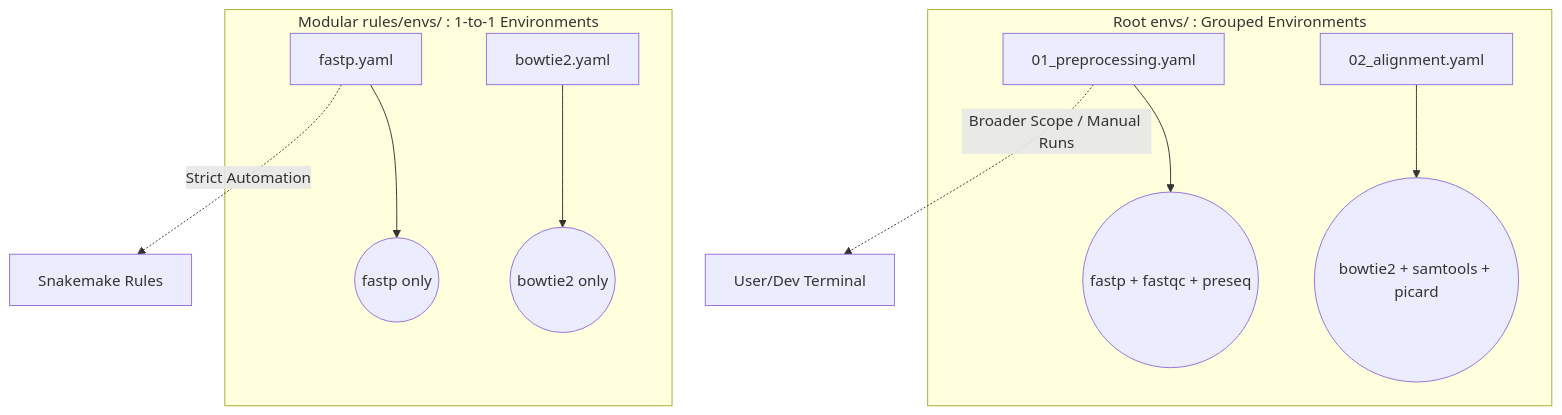
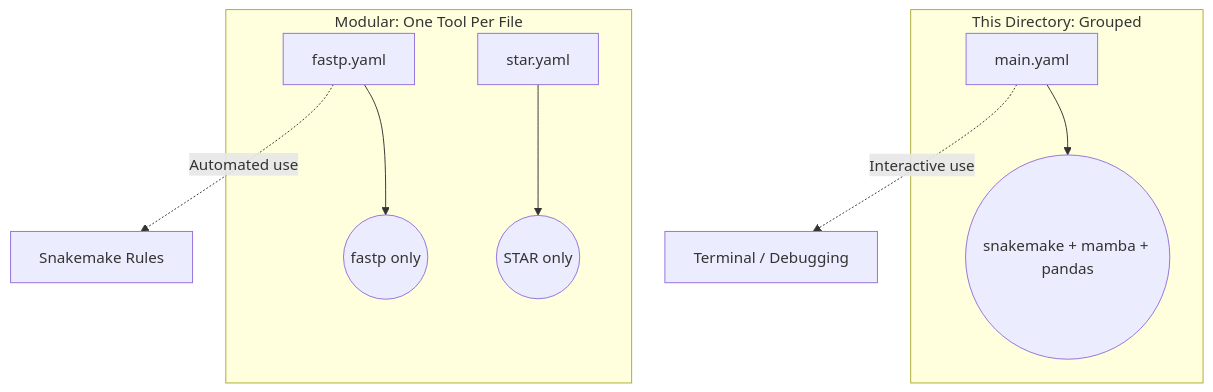
The diagram in envs/README.md (BDB-Genomics/bdb-rnaseq), drawn with Mermaid before and after one commit. The commit also changed other lines of this file and 7 other files, not shown here.

````diff
--- a/envs/README.md
+++ b/envs/README.md
@@ -9,15 +9,14 @@
 ```mermaid
 graph TD
-    subgraph envs/ [Root envs/ : Grouped Environments]
-        A[01_preprocessing.yaml] --> B((fastp + fastqc + preseq))
-        C[02_alignment.yaml] --> D((bowtie2 + samtools + picard))
+    subgraph envs/ [This Directory: Grouped]
+        A[main.yaml] --> B((snakemake + mamba + pandas))
     end
     
-    subgraph rules/envs/ [Modular rules/envs/ : 1-to-1 Environments]
-        E[fastp.yaml] --> F((fastp only))
-        G[bowtie2.yaml] --> H((bowtie2 only))
+    subgraph rules/envs/ [Modular: One Tool Per File]
+        C[fastp.yaml] --> D((fastp only))
+        E[star.yaml] --> F((STAR only))
     end
     
-    A -.->|Broader Scope / Manual Runs| I[User/Dev Terminal]
-    E -.->|Strict Automation| J[Snakemake Rules]
+    A -.->|Interactive use| G[Terminal / Debugging]
+    C -.->|Automated use| H[Snakemake Rules]
 ```
````
